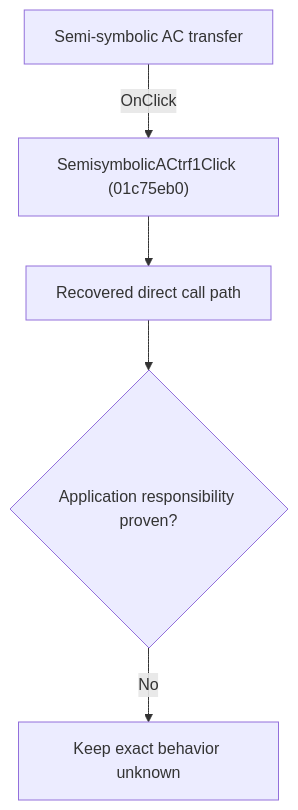
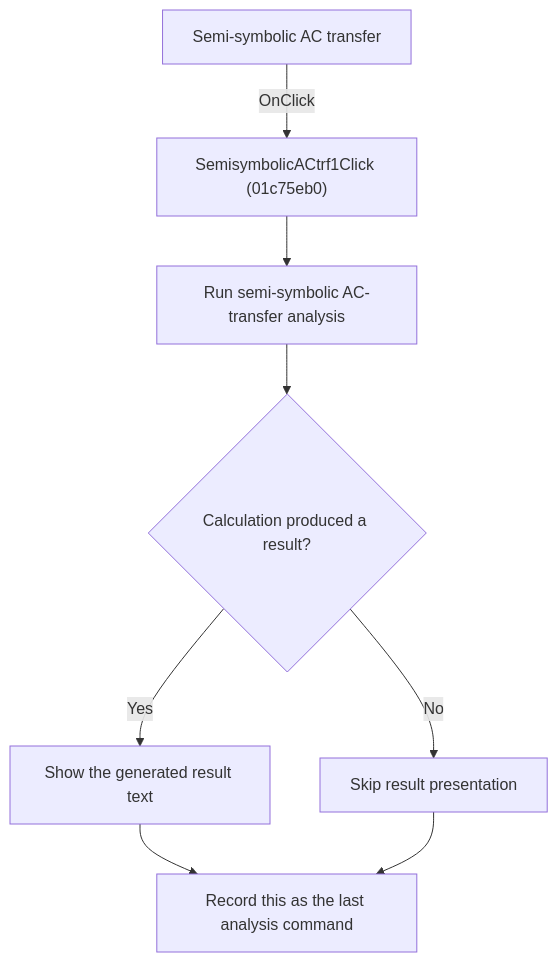
Before and after one commit to MovGP0/TIARA: the diagram in docs/ui-controls/schematiceditor/semisymbolicactrf1-9bf42ca737.md, drawn with Mermaid. The commit also changed other lines of this file and 241 other files, not shown here.

````diff
--- a/docs/ui-controls/schematiceditor/semisymbolicactrf1-9bf42ca737.md
+++ b/docs/ui-controls/schematiceditor/semisymbolicactrf1-9bf42ca737.md
@@ -27,7 +25,10 @@
 ```mermaid
 flowchart TD
     control["Semi-symbolic AC transfer"] -->|"OnClick"| handler["SemisymbolicACtrf1Click (01c75eb0)"]
-    handler --> recovered["Recovered direct call path"]
-    recovered --> gap{"Application responsibility proven?"}
-    gap -->|"No"| blocked["Keep exact behavior unknown"]
+    handler --> calculate["Run semi-symbolic AC-transfer analysis"]
+    calculate --> result{"Calculation produced a result?"}
+    result -->|"Yes"| show["Show the generated result text"]
+    result -->|"No"| skip["Skip result presentation"]
+    show --> remember["Record this as the last analysis command"]
+    skip --> remember
 ```
````
